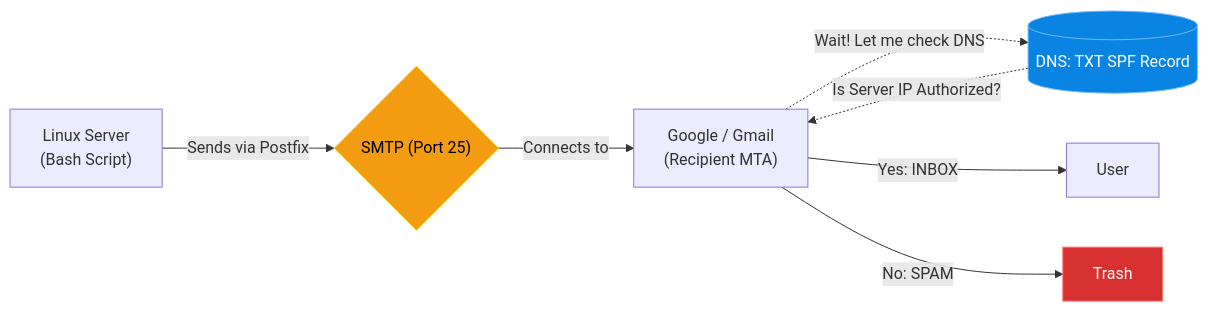
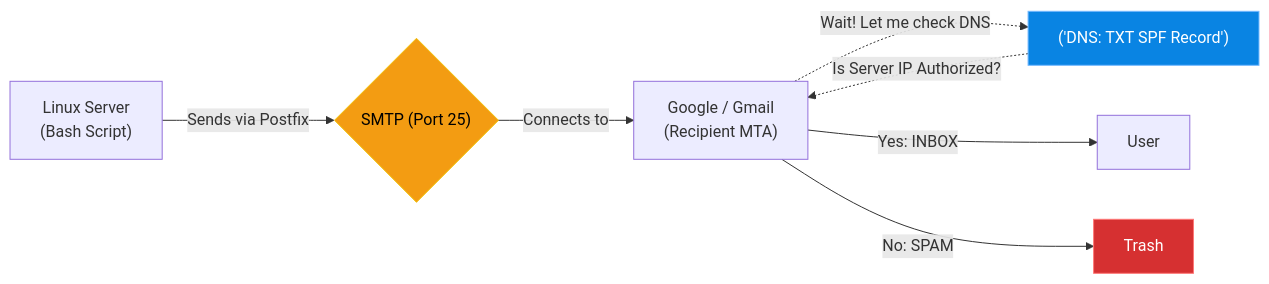
One commit to laxya911/linux-support-engineer-master-handbook changed the diagram in volumes/volume-03-enterprise-linux-services/chapters/V3-C13-email-postfix.md. Above: the diagram before and after it, drawn with Mermaid. The commit also changed 101 other files, not shown here.

Commit message:
Fix mermaid syntax across all chapters

````diff
--- a/volumes/volume-03-enterprise-linux-services/chapters/V3-C13-email-postfix.md
+++ b/volumes/volume-03-enterprise-linux-services/chapters/V3-C13-email-postfix.md
@@ -42,17 +42,17 @@
 ```mermaid
 flowchart LR
-    A["Linux Server \n (Bash Script)"] -->|Sends via Postfix| B{"SMTP (Port 25)"}
+    A["Linux Server \n (Bash Script)"] -->|"Sends via Postfix"| B{"SMTP (Port 25)"}
     
-    B -->|Connects to| C["Google / Gmail \n (Recipient MTA)"]
+    B -->|"Connects to"| C["Google / Gmail \n (Recipient MTA)"]
     
-    C -.->|Wait! Let me check DNS| D[("DNS: TXT SPF Record")]
+    C -.->|"Wait! Let me check DNS"| D["('DNS: TXT SPF Record')"]
     
-    D -.->|Is Server IP Authorized?| C
+    D -.->|"Is Server IP Authorized?"| C
     
-    C -->|Yes: INBOX| E["User"]
-    C -->|No: SPAM| F["Trash"]
+    C -->|"Yes: INBOX"| E["User"]
+    C -->|"No: SPAM"| F["Trash"]
     
     style B fill:#f39c12,stroke:#f1c40f,color:#000
     style D fill:#0984e3,stroke:#74b9ff,color:#fff
     style F fill:#d63031,stroke:#ff7675,color:#fff
 ```
````
